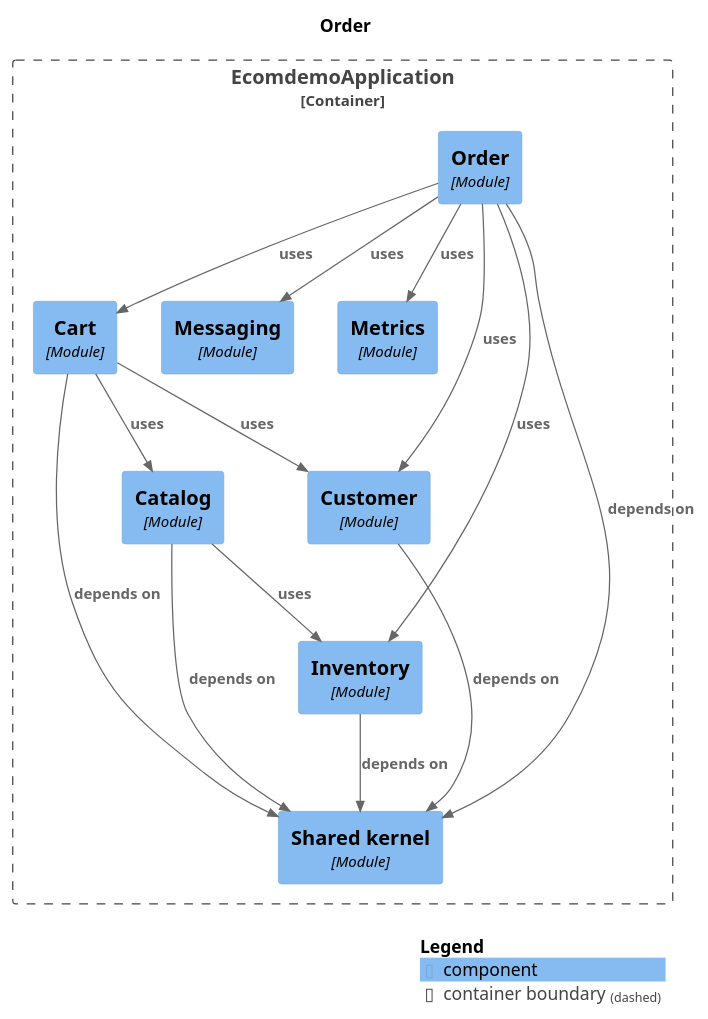
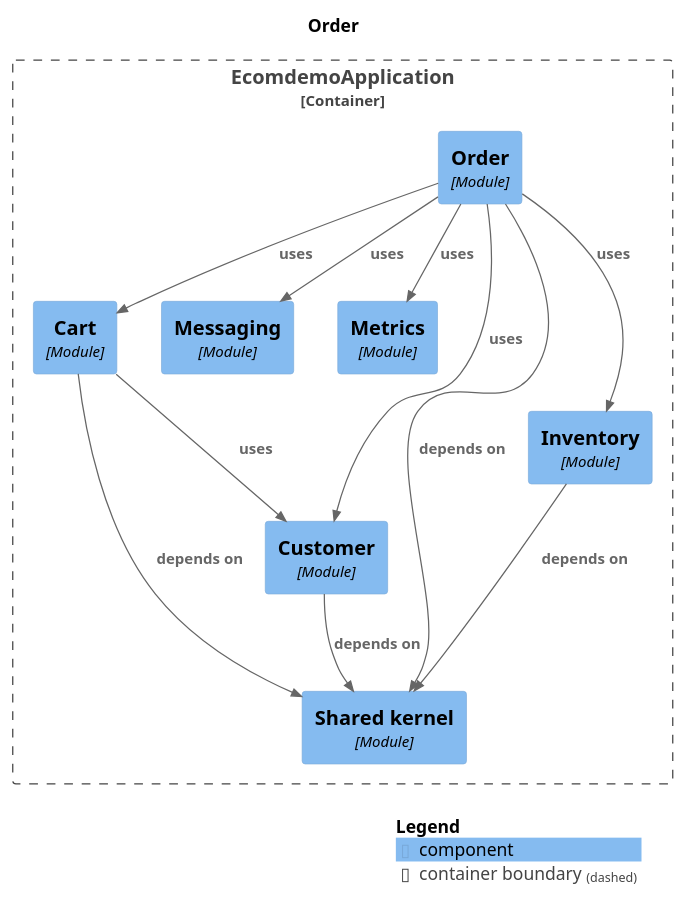
Before and after one commit to mr-sujay-patil/ecomdemo: the diagram in docs/modules/module-order.puml, drawn with PlantUML. The commit also changed 15 other files, not shown here.

```diff
--- a/docs/modules/module-order.puml
+++ b/docs/modules/module-order.puml
@@ -1,37 +1,33 @@
 @startuml
 set separator none
 title Order
 
 top to bottom direction
 
 !include <C4/C4>
 !include <C4/C4_Context>
 !include <C4/C4_Component>
 
 Container_Boundary("EcomdemoApplication.EcomdemoApplication_boundary", "EcomdemoApplication", $tags="") {
-  Component(EcomdemoApplication.EcomdemoApplication.Catalog, "Catalog", $techn="Module", $descr="", $tags="", $link="")
   Component(EcomdemoApplication.EcomdemoApplication.Cart, "Cart", $techn="Module", $descr="", $tags="", $link="")
   Component(EcomdemoApplication.EcomdemoApplication.Order, "Order", $techn="Module", $descr="", $tags="", $link="")
   Component(EcomdemoApplication.EcomdemoApplication.Messaging, "Messaging", $techn="Module", $descr="", $tags="", $link="")
   Component(EcomdemoApplication.EcomdemoApplication.Metrics, "Metrics", $techn="Module", $descr="", $tags="", $link="")
   Component(EcomdemoApplication.EcomdemoApplication.Sharedkernel, "Shared kernel", $techn="Module", $descr="", $tags="", $link="")
   Component(EcomdemoApplication.EcomdemoApplication.Customer, "Customer", $techn="Module", $descr="", $tags="", $link="")
   Component(EcomdemoApplication.EcomdemoApplication.Inventory, "Inventory", $techn="Module", $descr="", $tags="", $link="")
 }
 
-Rel(EcomdemoApplication.EcomdemoApplication.Cart, EcomdemoApplication.EcomdemoApplication.Catalog, "uses", $techn="", $tags="", $link="")
 Rel(EcomdemoApplication.EcomdemoApplication.Cart, EcomdemoApplication.EcomdemoApplication.Customer, "uses", $techn="", $tags="", $link="")
 Rel(EcomdemoApplication.EcomdemoApplication.Cart, EcomdemoApplication.EcomdemoApplication.Sharedkernel, "depends on", $techn="", $tags="", $link="")
-Rel(EcomdemoApplication.EcomdemoApplication.Catalog, EcomdemoApplication.EcomdemoApplication.Inventory, "uses", $techn="", $tags="", $link="")
-Rel(EcomdemoApplication.EcomdemoApplication.Catalog, EcomdemoApplication.EcomdemoApplication.Sharedkernel, "depends on", $techn="", $tags="", $link="")
 Rel(EcomdemoApplication.EcomdemoApplication.Customer, EcomdemoApplication.EcomdemoApplication.Sharedkernel, "depends on", $techn="", $tags="", $link="")
 Rel(EcomdemoApplication.EcomdemoApplication.Inventory, EcomdemoApplication.EcomdemoApplication.Sharedkernel, "depends on", $techn="", $tags="", $link="")
 Rel(EcomdemoApplication.EcomdemoApplication.Order, EcomdemoApplication.EcomdemoApplication.Cart, "uses", $techn="", $tags="", $link="")
 Rel(EcomdemoApplication.EcomdemoApplication.Order, EcomdemoApplication.EcomdemoApplication.Customer, "uses", $techn="", $tags="", $link="")
 Rel(EcomdemoApplication.EcomdemoApplication.Order, EcomdemoApplication.EcomdemoApplication.Inventory, "uses", $techn="", $tags="", $link="")
 Rel(EcomdemoApplication.EcomdemoApplication.Order, EcomdemoApplication.EcomdemoApplication.Messaging, "uses", $techn="", $tags="", $link="")
 Rel(EcomdemoApplication.EcomdemoApplication.Order, EcomdemoApplication.EcomdemoApplication.Metrics, "uses", $techn="", $tags="", $link="")
 Rel(EcomdemoApplication.EcomdemoApplication.Order, EcomdemoApplication.EcomdemoApplication.Sharedkernel, "depends on", $techn="", $tags="", $link="")
 
 SHOW_LEGEND(true)
 @enduml
```
